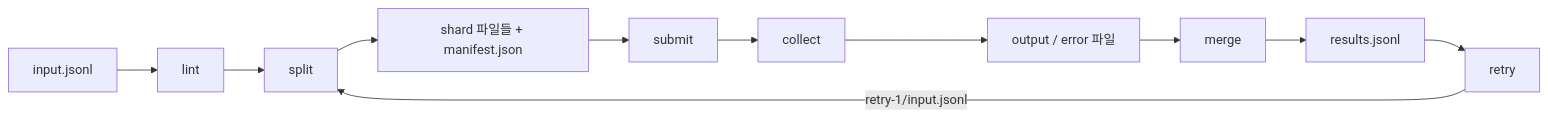
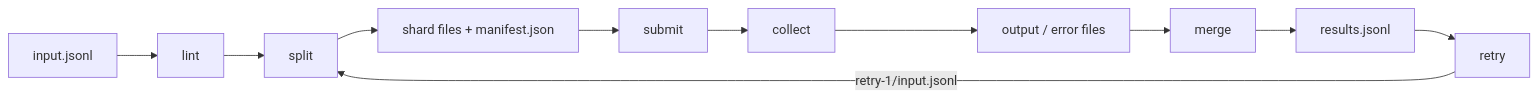
The diagram in README.md (LeeGyeongPil/llm-batchkit), drawn with Mermaid before and after one commit. The commit also changed other lines of this file and 2 other files, not shown here.

````diff
--- a/README.md
+++ b/README.md
@@ -193,13 +193,13 @@
 ```mermaid
 flowchart LR
   A[input.jsonl] --> B[lint]
   B --> C[split]
-  C --> D[shard 파일들 + manifest.json]
+  C --> D["shard files + manifest.json"]
   D --> E[submit]
   E --> F[collect]
-  F --> G[output / error 파일]
+  F --> G["output / error files"]
   G --> H[merge]
   H --> I[results.jsonl]
   I --> J[retry]
   J -->|retry-1/input.jsonl| C
 ```
````
